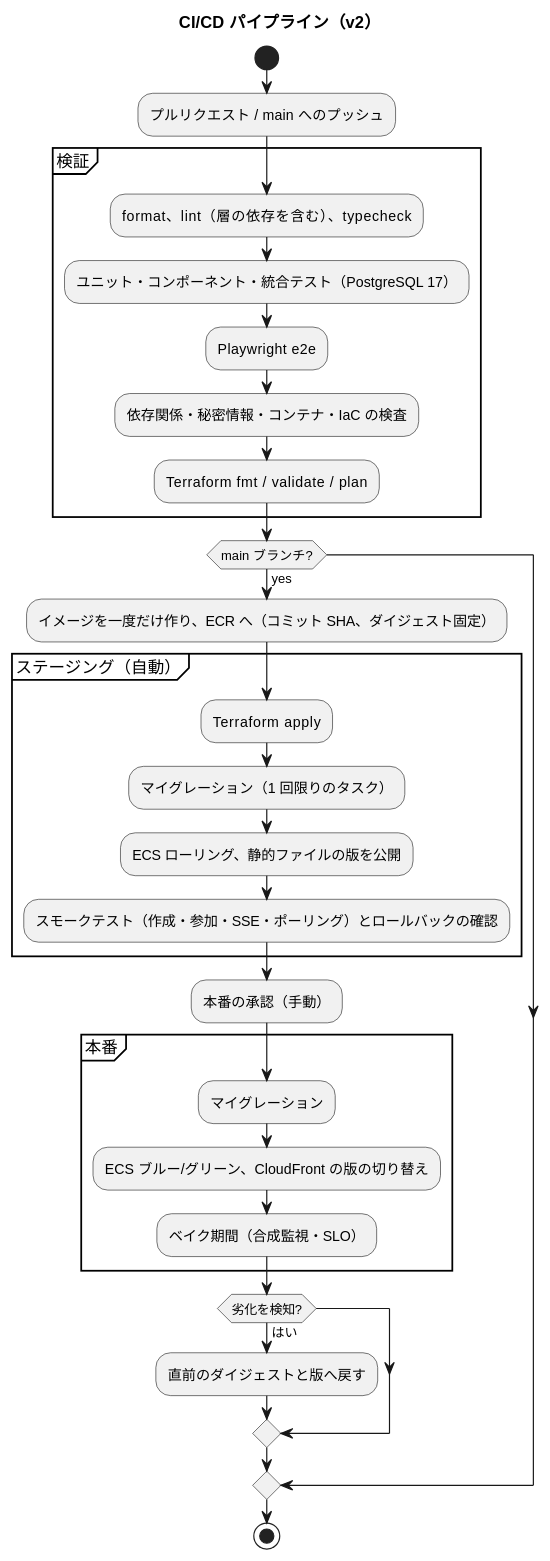
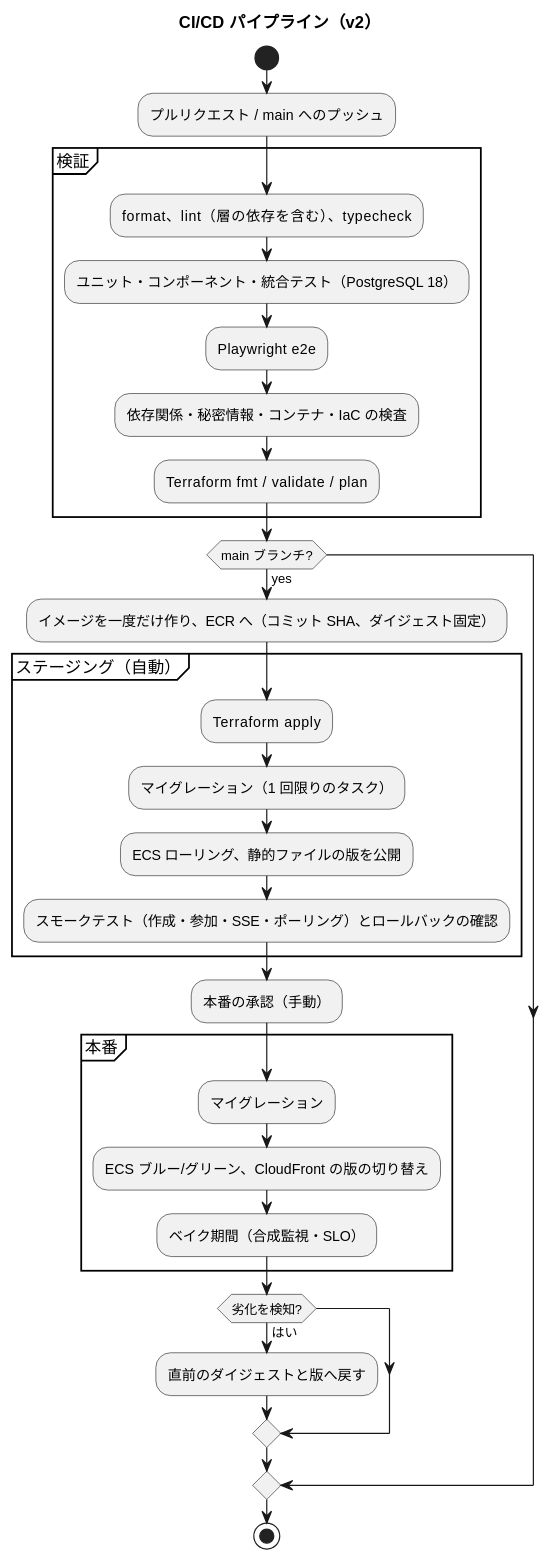
The second of 2 diagrams in docs/design/beer-game2/architecture-infrastructure.md (k2works/case-study-beer-game-simulation), drawn with PlantUML before and after one commit. The commit also changed other lines of this file and 5 other files, not shown here.

````diff
--- a/docs/design/beer-game2/architecture-infrastructure.md
+++ b/docs/design/beer-game2/architecture-infrastructure.md
@@ -110,34 +110,34 @@
 ```plantuml
 @startuml
 title CI/CD パイプライン（v2）
 
 start
 :プルリクエスト / main へのプッシュ;
 partition "検証" {
   :format、lint（層の依存を含む）、typecheck;
-  :ユニット・コンポーネント・統合テスト（PostgreSQL 17）;
+  :ユニット・コンポーネント・統合テスト（PostgreSQL 18）;
   :Playwright e2e;
   :依存関係・秘密情報・コンテナ・IaC の検査;
   :Terraform fmt / validate / plan;
 }
 if (main ブランチ?) then (yes)
   :イメージを一度だけ作り、ECR へ（コミット SHA、ダイジェスト固定）;
   partition "ステージング（自動）" {
     :Terraform apply;
     :マイグレーション（1 回限りのタスク）;
     :ECS ローリング、静的ファイルの版を公開;
     :スモークテスト（作成・参加・SSE・ポーリング）とロールバックの確認;
   }
   :本番の承認（手動）;
   partition "本番" {
     :マイグレーション;
     :ECS ブルー/グリーン、CloudFront の版の切り替え;
     :ベイク期間（合成監視・SLO）;
   }
   if (劣化を検知?) then (はい)
     :直前のダイジェストと版へ戻す;
   endif
 endif
 stop
 @enduml
 ```
````
